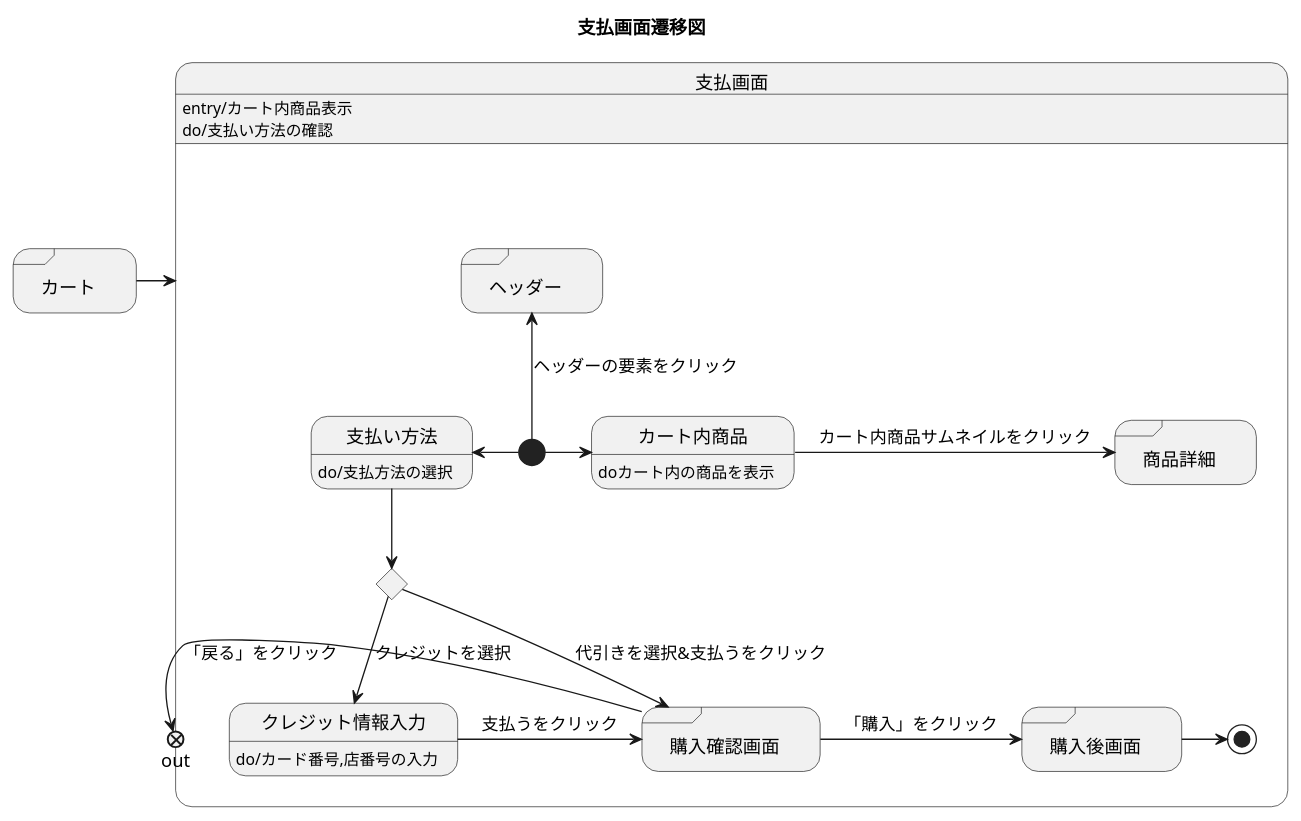
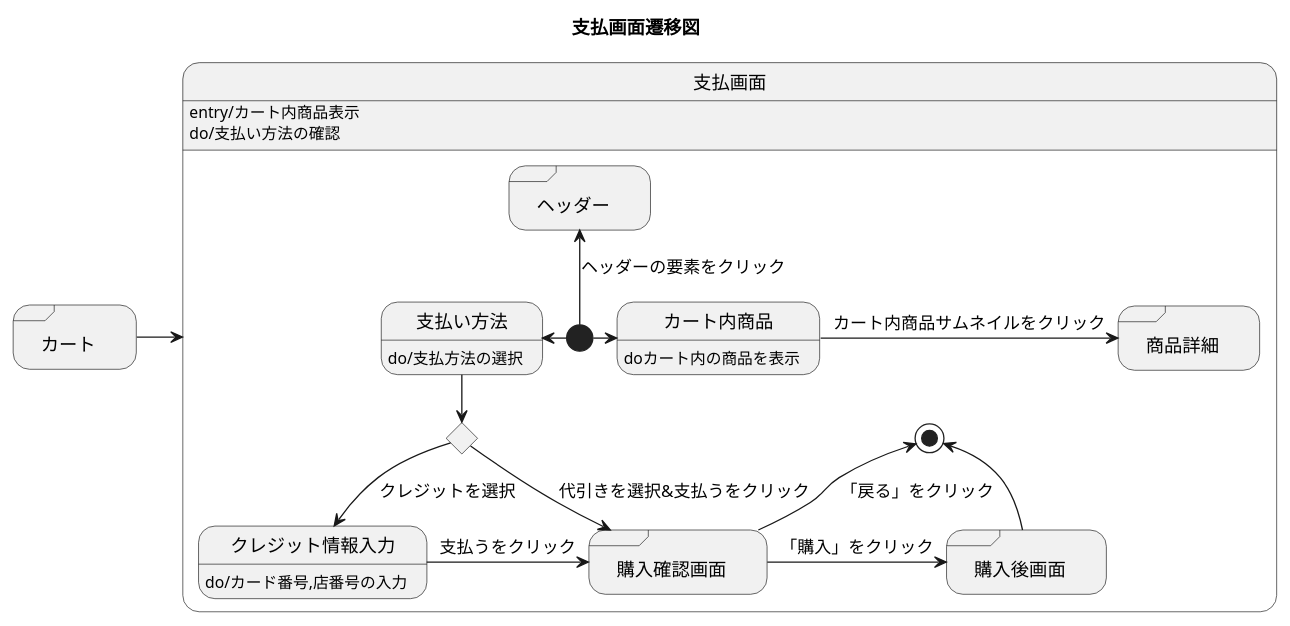
One commit to akutori/T-D-E changed the diagram in 支払画面.md. Above: the diagram before and after it, drawn with PlantUML.

Commit message:
修正

````diff
--- a/支払画面.md
+++ b/支払画面.md
@@ -1,34 +1,33 @@
 ```uml
 @startuml
 title 支払画面遷移図
 state 支払画面:entry/カート内商品表示
 state 支払画面:do/支払い方法の確認
 state "カート" as cart <<sdlreceive>>
 
 cart->支払画面
 
 state 支払画面{
     state input <<choice>>
     state "ヘッダー" as headder <<sdlreceive>>
     state "購入確認画面" as PurchaseConfirmation <<sdlreceive>>
     state "商品詳細" as detail <<sdlreceive>>
     state "購入後画面" as boughtpage <<sdlreceive>>
-    state out <<exitpoint>>
     state 支払い方法:do/支払方法の選択
     state クレジット情報入力:do/カード番号,店番号の入力
     state カート内商品:doカート内の商品を表示
 
     [*]-left->支払い方法
     [*]->カート内商品
     [*]-up->headder : ヘッダーの要素をクリック
     支払い方法-->input
     input-> PurchaseConfirmation : 代引きを選択&支払うをクリック
     input--> クレジット情報入力 : クレジットを選択
     クレジット情報入力 -> PurchaseConfirmation : 支払うをクリック
     カート内商品->detail : カート内商品サムネイルをクリック
     PurchaseConfirmation -> boughtpage : 「購入」をクリック
-    PurchaseConfirmation -> out : 「戻る」をクリック
+    PurchaseConfirmation -up->[*]  : 「戻る」をクリック
     boughtpage ->[*]
 }
 @enduml
 ```
````
